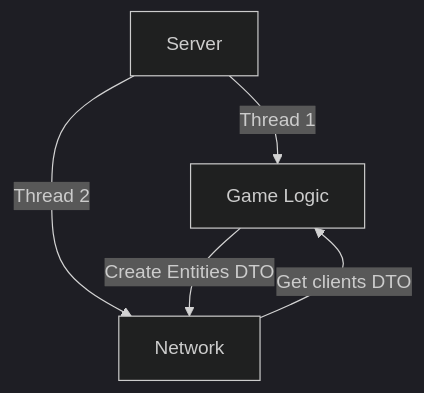
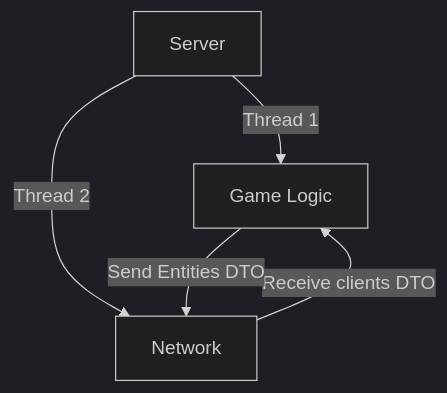
Before and after one commit to epitech-mirroring/R-Type: the first of 3 diagrams in documentation/developers/about.md, drawn with Mermaid (dark theme). The commit also changed other lines of this file and 4 other files, not shown here.

````diff
--- a/documentation/developers/about.md
+++ b/documentation/developers/about.md
@@ -30,8 +30,8 @@
 ```mermaid
 flowchart TD
     server[Server]
     server -->|Thread 1| game_logic[Game Logic]
     server -->|Thread 2| network[Network]
-    network -->|Get clients DTO| game_logic
-    game_logic -->|Create Entities DTO| network
+    network -->|Receive clients DTO| game_logic
+    game_logic -->|Send Entities DTO| network
 ```
````
